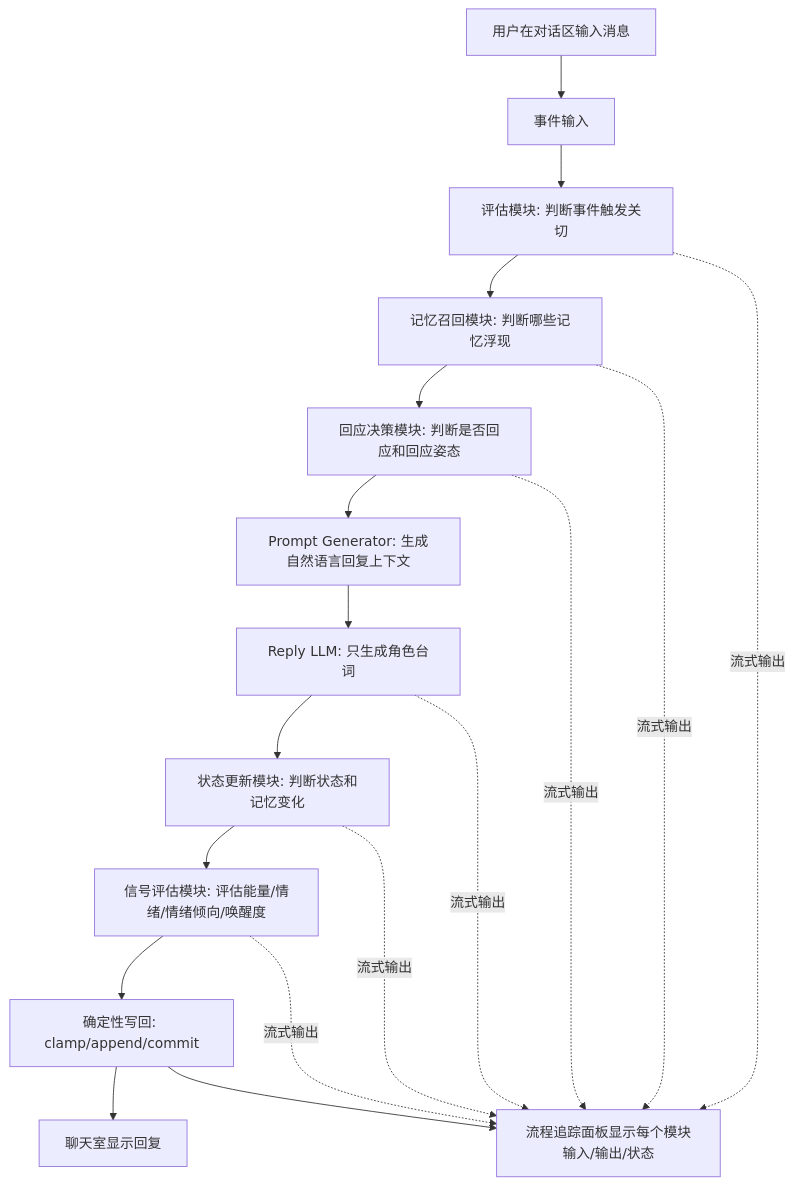
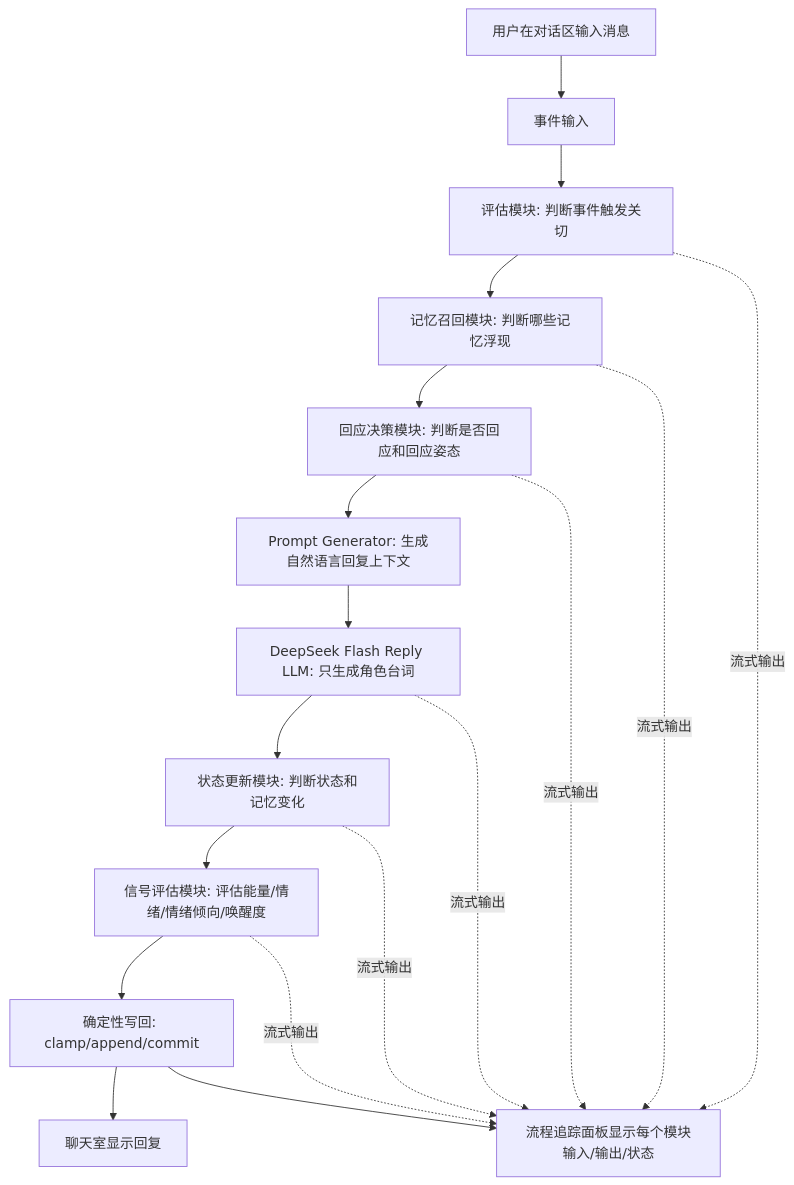
One commit to ttmanthatman/virtual-human-flow changed the third of 5 diagrams in docs/SYSTEM_FLOW.md. Above: the diagram before and after it, drawn with Mermaid. The commit also changed other lines of this file and 11 other files, not shown here.

Commit message:
fix: require real DeepSeek flash mode

````diff
--- a/docs/SYSTEM_FLOW.md
+++ b/docs/SYSTEM_FLOW.md
@@ -62,20 +62,20 @@
 ```mermaid
 flowchart TD
     U[用户在对话区输入消息] --> E[事件输入]
     E --> A[评估模块: 判断事件触发关切]
     A --> M[记忆召回模块: 判断哪些记忆浮现]
     M --> D[回应决策模块: 判断是否回应和回应姿态]
     D --> P[Prompt Generator: 生成自然语言回复上下文]
-    P --> R[Reply LLM: 只生成角色台词]
+    P --> R[DeepSeek Flash Reply LLM: 只生成角色台词]
     R --> S[状态更新模块: 判断状态和记忆变化]
     S --> G[信号评估模块: 评估能量/情绪/情绪倾向/唤醒度]
     G --> W[确定性写回: clamp/append/commit]
     W --> C[聊天室显示回复]
     W --> T[流程追踪面板显示每个模块输入/输出/状态]
     A -. 流式输出 .-> T
     M -. 流式输出 .-> T
     D -. 流式输出 .-> T
     R -. 流式输出 .-> T
     S -. 流式输出 .-> T
     G -. 流式输出 .-> T
 ```
````
